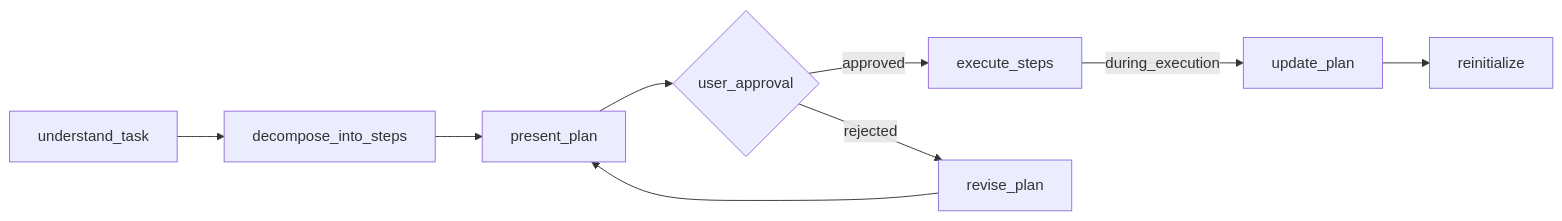
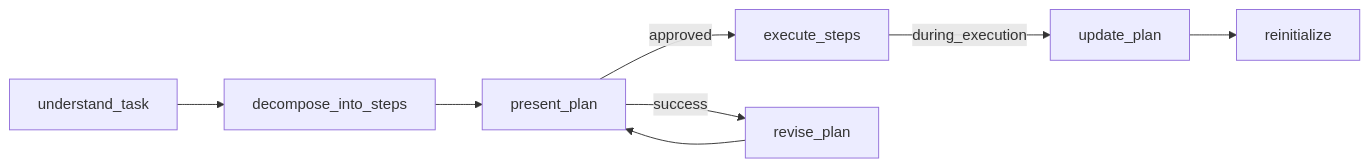
One commit to moira-mcp/moira changed the second of 4 diagrams in packages/mcp-server/src/help/content/ru/guides/workflow-creation.md. Above: the diagram before and after it, drawn with Mermaid. The commit also changed other lines of this file and 338 other files, not shown here.

First line of the commit message:
feat(workflow): add N-output routing and unified diagrams (#236)

````diff
--- a/packages/mcp-server/src/help/content/ru/guides/workflow-creation.md
+++ b/packages/mcp-server/src/help/content/ru/guides/workflow-creation.md
@@ -454,11 +530,10 @@
 ```mermaid
 flowchart LR
     A[understand_task] --> B[decompose_into_steps]
     B --> C[present_plan]
-    C --> D{user_approval}
-    D -->|approved| E[execute_steps]
-    D -->|rejected| F[revise_plan]
+    C -->|approved| E[execute_steps]
+    C -->|success| F[revise_plan]
     F --> C
     E -->|during_execution| G[update_plan]
     G --> H[reinitialize]
 ```
````
